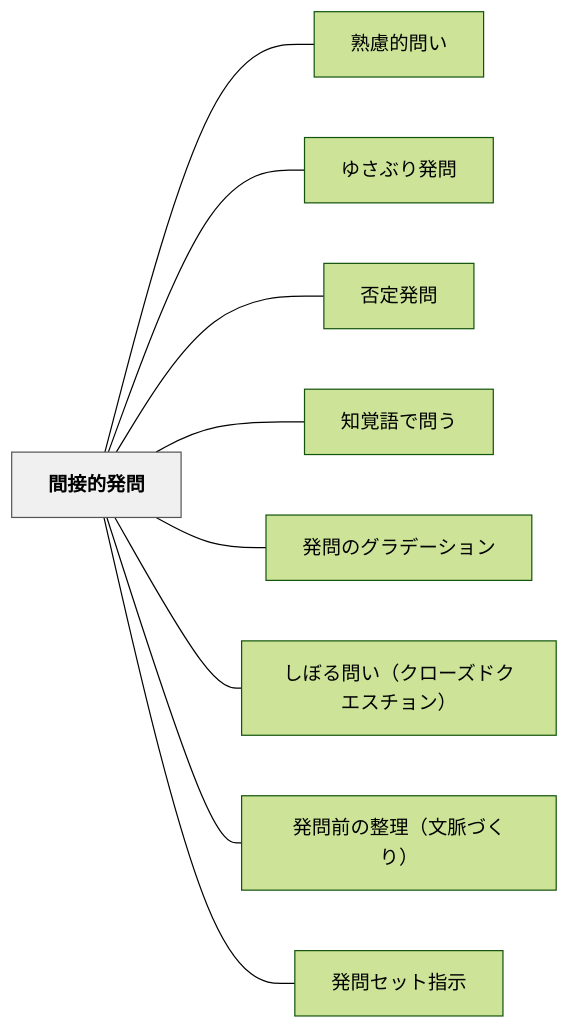
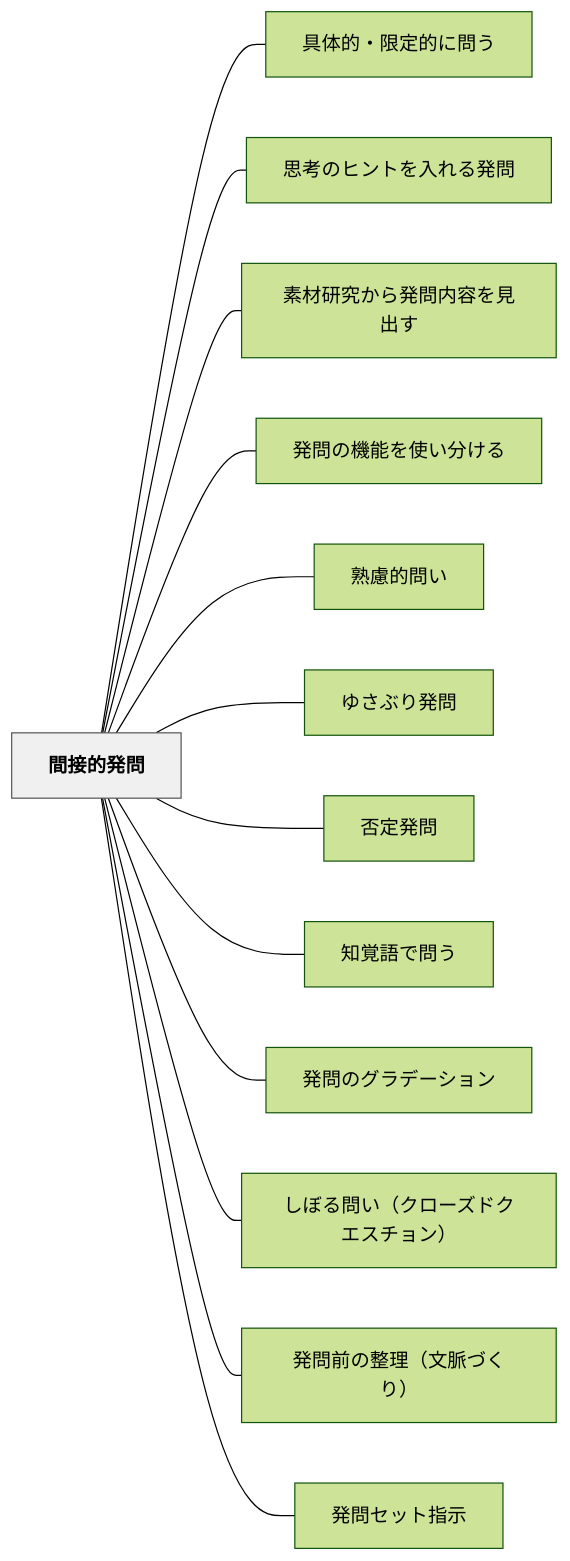
The diagram in content/パタン/間接的発問.md (unknownthings-ed-patterns/unknownthings-ed-patterns), drawn with Mermaid (forest theme) before and after one commit. The commit also changed other lines of this file and 28 other files, not shown here.

````diff
--- a/content/パタン/間接的発問.md
+++ b/content/パタン/間接的発問.md
@@ -75,24 +79,32 @@
 ```mermaid
 flowchart LR
     ne99693e68ea5e79a84e799bae5958f["間接的発問"]
+    ne585b7e4bd93e79a84e383bbe99990e5ae9ae79a84e381abe5958fe38186["具体的・限定的に問う"]
+    ne6809de88083e381aee38392e383b3e38388e38292e585a5e3828ce3828be799bae5958f["思考のヒントを入れる発問"]
+    ne7b4a0e69d90e7a094e7a9b6e3818be38289e799bae5958fe58685e5aeb9e38292e8a68be587bae38199["素材研究から発問内容を見出す"]
+    ne799bae5958fe381aee6a99fe883bde38292e4bdbfe38184e58886e38191e3828b["発問の機能を使い分ける"]
     ne7869fe685aee79a84e5958fe38184["熟慮的問い"]
     ne38286e38195e381b6e3828ae799bae5958f["ゆさぶり発問"]
     ne590a6e5ae9ae799bae5958f["否定発問"]
     ne79fa5e8a69ae8aa9ee381a7e5958fe38186["知覚語で問う"]
     ne799bae5958fe381aee382b0e383a9e38387e383bce382b7e383a7e383b3["発問のグラデーション"]
     ne38197e381bce3828be5958fe38184efbc88e382afe383ade383bce382bae38389e382afe382a8e382b9e38381e383a7e383b3efbc89["しぼる問い（クローズドクエスチョン）"]
     ne799bae5958fe5898de381aee695b4e79086efbc88e69687e88488e381a5e3818fe3828aefbc89["発問前の整理（文脈づくり）"]
     ne799bae5958fe382bbe38383e38388e68c87e7a4ba["発問セット指示"]
 
+    ne99693e68ea5e79a84e799bae5958f --- ne585b7e4bd93e79a84e383bbe99990e5ae9ae79a84e381abe5958fe38186
+    ne99693e68ea5e79a84e799bae5958f --- ne6809de88083e381aee38392e383b3e38388e38292e585a5e3828ce3828be799bae5958f
+    ne99693e68ea5e79a84e799bae5958f --- ne7b4a0e69d90e7a094e7a9b6e3818be38289e799bae5958fe58685e5aeb9e38292e8a68be587bae38199
+    ne99693e68ea5e79a84e799bae5958f --- ne799bae5958fe381aee6a99fe883bde38292e4bdbfe38184e58886e38191e3828b
     ne99693e68ea5e79a84e799bae5958f --- ne7869fe685aee79a84e5958fe38184
     ne99693e68ea5e79a84e799bae5958f --- ne38286e38195e381b6e3828ae799bae5958f
     ne99693e68ea5e79a84e799bae5958f --- ne590a6e5ae9ae799bae5958f
     ne99693e68ea5e79a84e799bae5958f --- ne79fa5e8a69ae8aa9ee381a7e5958fe38186
     ne99693e68ea5e79a84e799bae5958f --- ne799bae5958fe381aee382b0e383a9e38387e383bce382b7e383a7e383b3
     ne99693e68ea5e79a84e799bae5958f --- ne38197e381bce3828be5958fe38184efbc88e382afe383ade383bce382bae38389e382afe382a8e382b9e38381e383a7e383b3efbc89
     ne99693e68ea5e79a84e799bae5958f --- ne799bae5958fe5898de381aee695b4e79086efbc88e69687e88488e381a5e3818fe3828aefbc89
     ne99693e68ea5e79a84e799bae5958f --- ne799bae5958fe382bbe38383e38388e68c87e7a4ba
 
     classDef hub fill:#f0f0f0,stroke:#555,color:#000,font-weight:bold
     class ne99693e68ea5e79a84e799bae5958f hub
 ```
````
